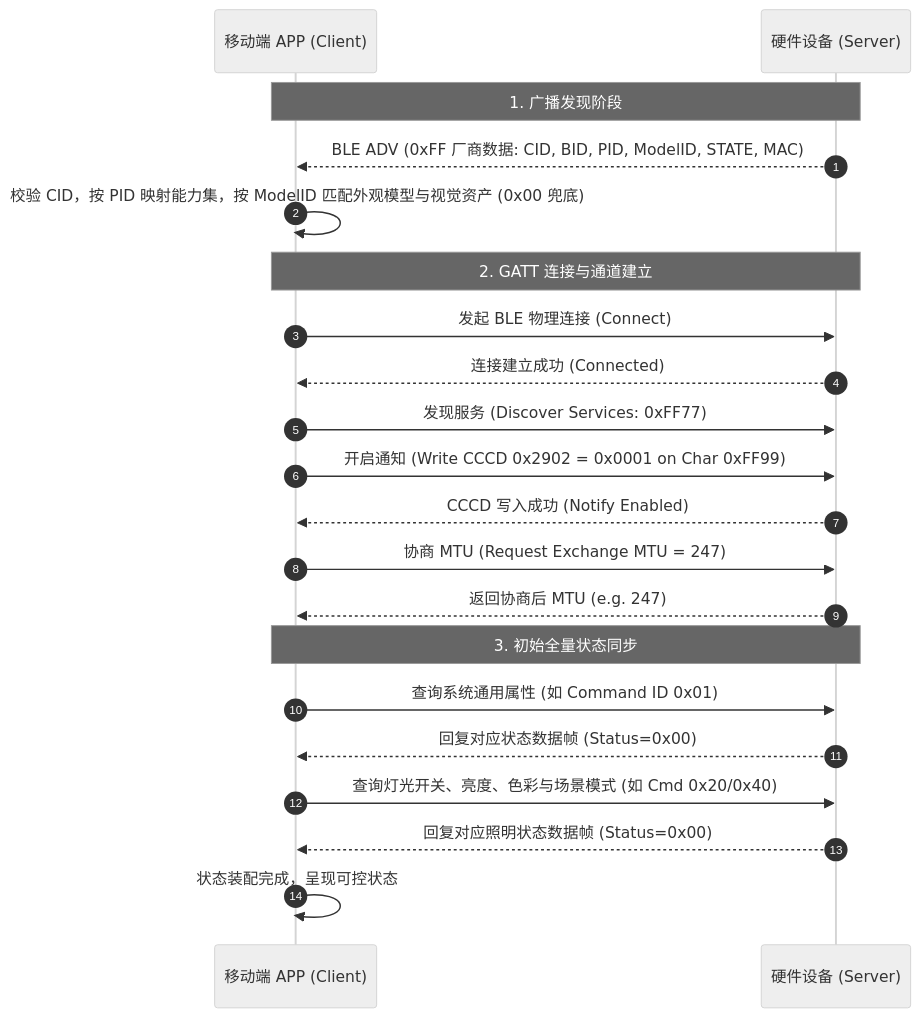
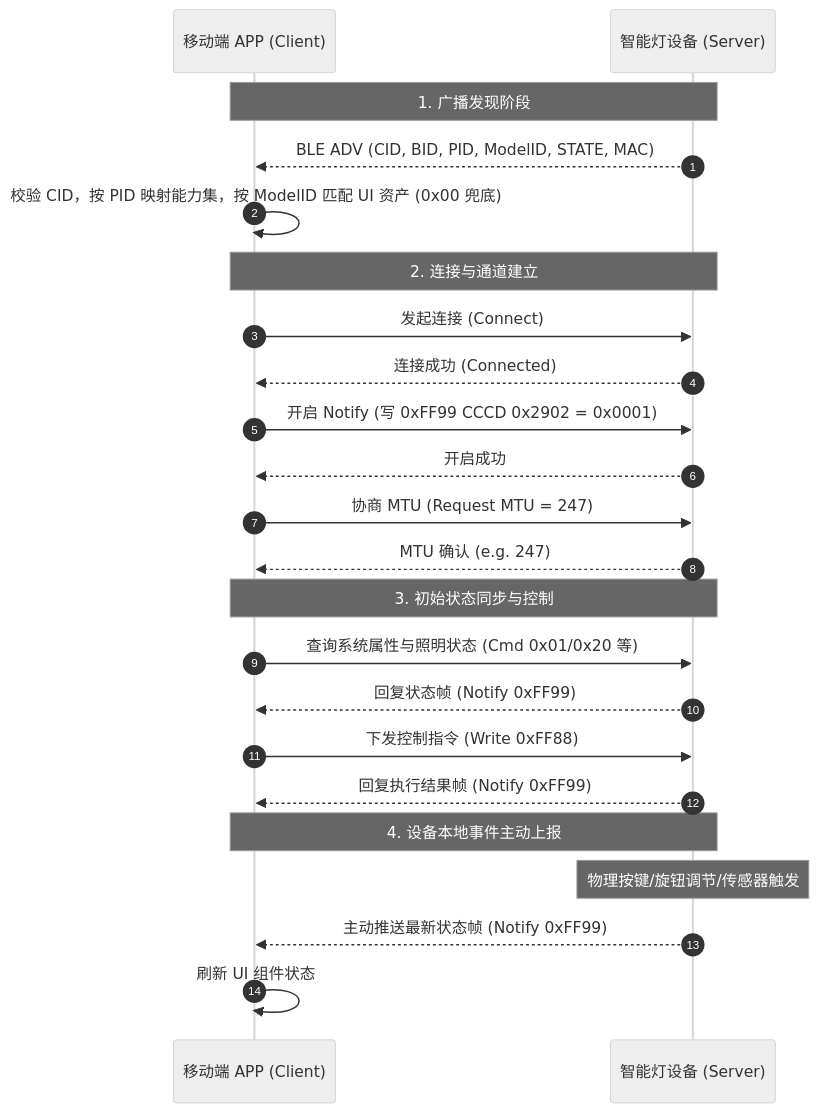
The diagram in 1. 协议规范/BLE API 规范.md (Grandboy1024/gb-project-guidelines), drawn with Mermaid (neutral theme) before and after one commit. The commit also changed other lines of this file and 16 other files, not shown here.

````diff
--- a/1. 协议规范/BLE API 规范.md
+++ b/1. 协议规范/BLE API 规范.md
@@ -587,26 +204,29 @@
 ```mermaid
 sequenceDiagram
     autonumber
     participant App as 移动端 APP (Client)
-    participant Dev as 硬件设备 (Server)
+    participant Dev as 智能灯设备 (Server)
 
     Note over App,Dev: 1. 广播发现阶段
-    Dev-->>App: BLE ADV (0xFF 厂商数据: CID, BID, PID, ModelID, STATE, MAC)
-    App->>App: 校验 CID，按 PID 映射能力集，按 ModelID 匹配外观模型与视觉资产 (0x00 兜底)
+    Dev-->>App: BLE ADV (CID, BID, PID, ModelID, STATE, MAC)
+    App->>App: 校验 CID，按 PID 映射能力集，按 ModelID 匹配 UI 资产 (0x00 兜底)
 
-    Note over App,Dev: 2. GATT 连接与通道建立
-    App->>Dev: 发起 BLE 物理连接 (Connect)
-    Dev-->>App: 连接建立成功 (Connected)
-    App->>Dev: 发现服务 (Discover Services: 0xFF77)
-    App->>Dev: 开启通知 (Write CCCD 0x2902 = 0x0001 on Char 0xFF99)
-    Dev-->>App: CCCD 写入成功 (Notify Enabled)
-    App->>Dev: 协商 MTU (Request Exchange MTU = 247)
-    Dev-->>App: 返回协商后 MTU (e.g. 247)
+    Note over App,Dev: 2. 连接与通道建立
+    App->>Dev: 发起连接 (Connect)
+    Dev-->>App: 连接成功 (Connected)
+    App->>Dev: 开启 Notify (写 0xFF99 CCCD 0x2902 = 0x0001)
+    Dev-->>App: 开启成功
+    App->>Dev: 协商 MTU (Request MTU = 247)
+    Dev-->>App: MTU 确认 (e.g. 247)
 
-    Note over App,Dev: 3. 初始全量状态同步
-    App->>Dev: 查询系统通用属性 (如 Command ID 0x01)
-    Dev-->>App: 回复对应状态数据帧 (Status=0x00)
-    App->>Dev: 查询灯光开关、亮度、色彩与场景模式 (如 Cmd 0x20/0x40)
-    Dev-->>App: 回复对应照明状态数据帧 (Status=0x00)
-    App->>App: 状态装配完成，呈现可控状态
+    Note over App,Dev: 3. 初始状态同步与控制
+    App->>Dev: 查询系统属性与照明状态 (Cmd 0x01/0x20 等)
+    Dev-->>App: 回复状态帧 (Notify 0xFF99)
+    App->>Dev: 下发控制指令 (Write 0xFF88)
+    Dev-->>App: 回复执行结果帧 (Notify 0xFF99)
+
+    Note over App,Dev: 4. 设备本地事件主动上报
+    Note over Dev: 物理按键/旋钮调节/传感器触发
+    Dev-->>App: 主动推送最新状态帧 (Notify 0xFF99)
+    App->>App: 刷新 UI 组件状态
 ```
````
